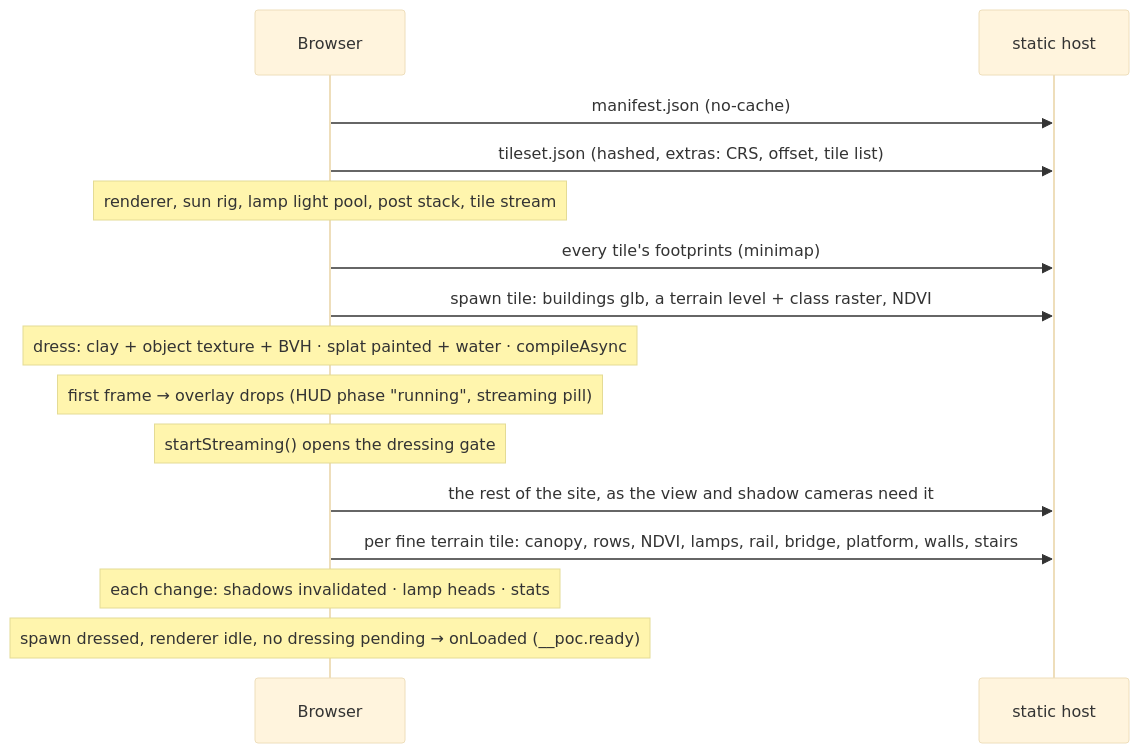
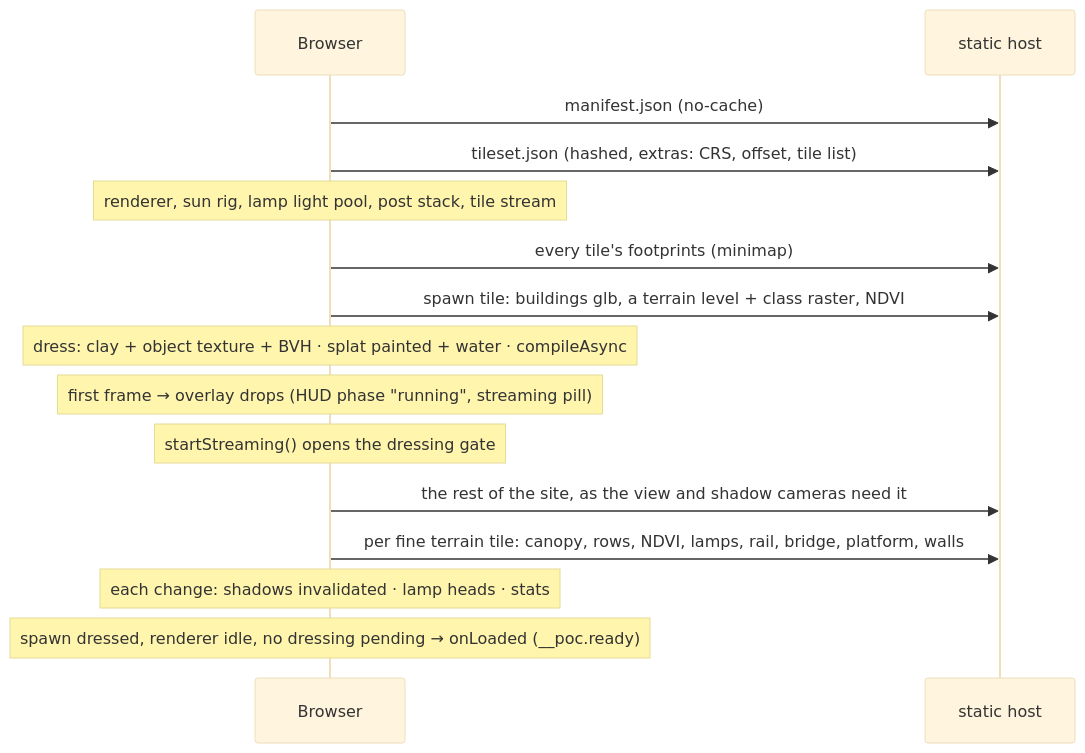
The second of 2 diagrams in docs/rendering.md (mdugue/bridge), drawn with Mermaid (base theme) before and after one commit. The commit also changed other lines of this file and 25 other files, not shown here.

First line of the commit message:
refactor(stairs): bake the steps into the fine terrain glTF

````diff
--- a/docs/rendering.md
+++ b/docs/rendering.md
@@ -214,17 +214,17 @@
 ```mermaid
 sequenceDiagram
   participant B as Browser
   participant S as static host
   B->>S: manifest.json (no-cache)
   B->>S: tileset.json (hashed, extras: CRS, offset, tile list)
   Note over B: renderer, sun rig, lamp light pool, post stack, tile stream
   B->>S: every tile's footprints (minimap)
   B->>S: spawn tile: buildings glb, a terrain level + class raster, NDVI
   Note over B: dress: clay + object texture + BVH · splat painted + water · compileAsync
   Note over B: first frame → overlay drops (HUD phase "running", streaming pill)
   Note over B: startStreaming() opens the dressing gate
   B->>S: the rest of the site, as the view and shadow cameras need it
-  B->>S: per fine terrain tile: canopy, rows, NDVI, lamps, rail, bridge, platform, walls, stairs
+  B->>S: per fine terrain tile: canopy, rows, NDVI, lamps, rail, bridge, platform, walls
   Note over B: each change: shadows invalidated · lamp heads · stats
   Note over B: spawn dressed, renderer idle, no dressing pending → onLoaded (__poc.ready)
 ```
````
